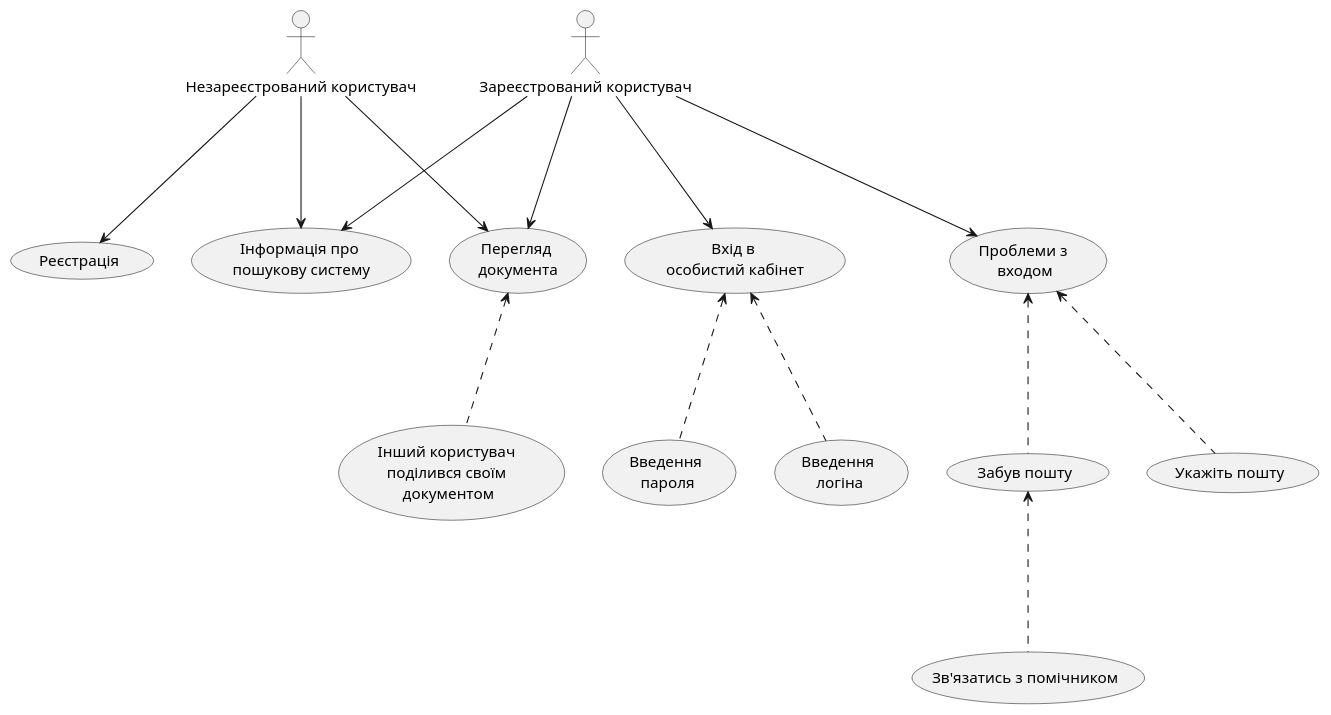
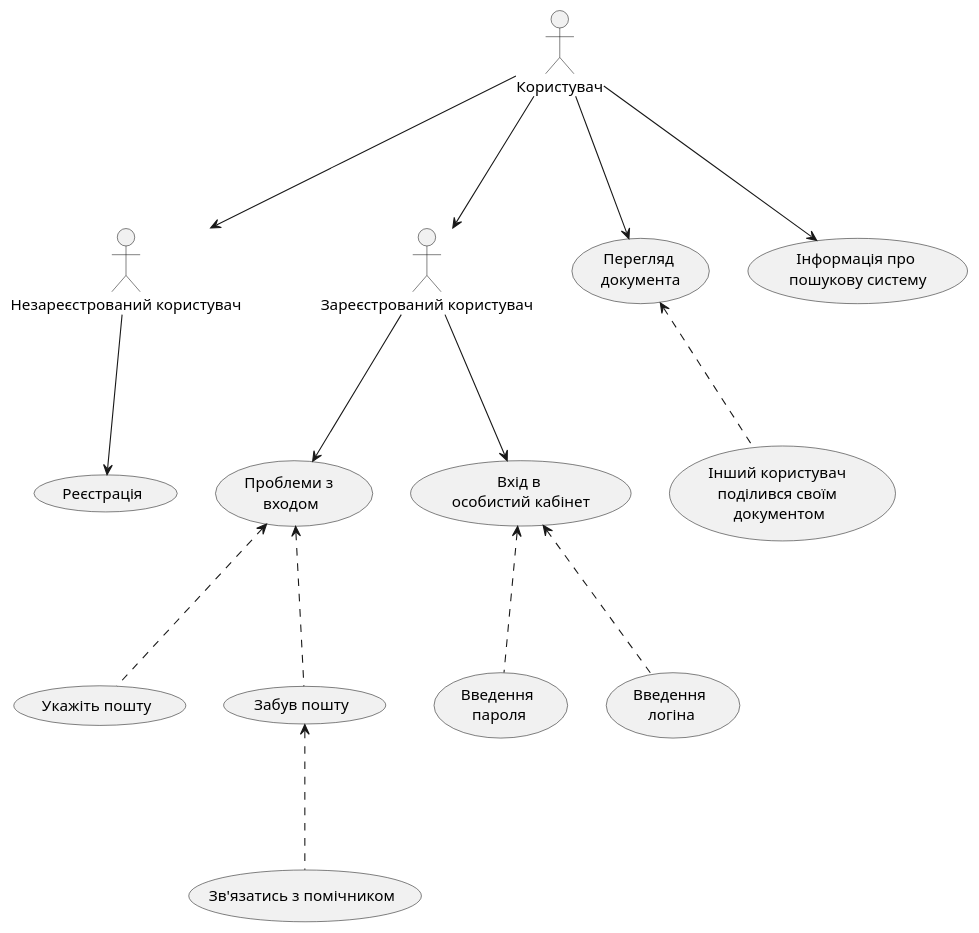
The diagram in Project/doc/useCaseDiagrams/plantUml/users.puml (Ananasik-bet/occured-FICT), drawn with PlantUML before and after one commit.

```diff
--- a/Project/doc/useCaseDiagrams/plantUml/users.puml
+++ b/Project/doc/useCaseDiagrams/plantUml/users.puml
@@ -1,23 +1,27 @@
 @startuml
+
+:Користувач: as user
 :Незареєстрований користувач: as user1
 :Зареєстрований користувач: as user2
 
+user--->user1
+user--->user2
+user--->(Перегляд \nдокумента)
+user--->(Інформація про \nпошукову систему)
 
 user1--->(Реєстрація)
-user1--->(Інформація про \nпошукову систему)
-user1--->(Перегляд \nдокумента)
 
-user2--->(Інформація про \nпошукову систему)
-user2--->(Перегляд \nдокумента)
 user2--->(Проблеми з \nвходом)
 user2--->(Вхід в \nособистий кабінет)
 
 (Перегляд \nдокумента)<...(Інший користувач \nподілився своїм \nдокументом)
 
 (Вхід в \nособистий кабінет)<...(Введення \nпароля)
 (Вхід в \nособистий кабінет)<...(Введення \nлогіна)
 
 (Проблеми з \nвходом)<...(Укажіть пошту)
 (Проблеми з \nвходом)<...(Забув пошту)
+
 (Забув пошту)<...(Зв'язатись з помічником)
+
 @endum
```
